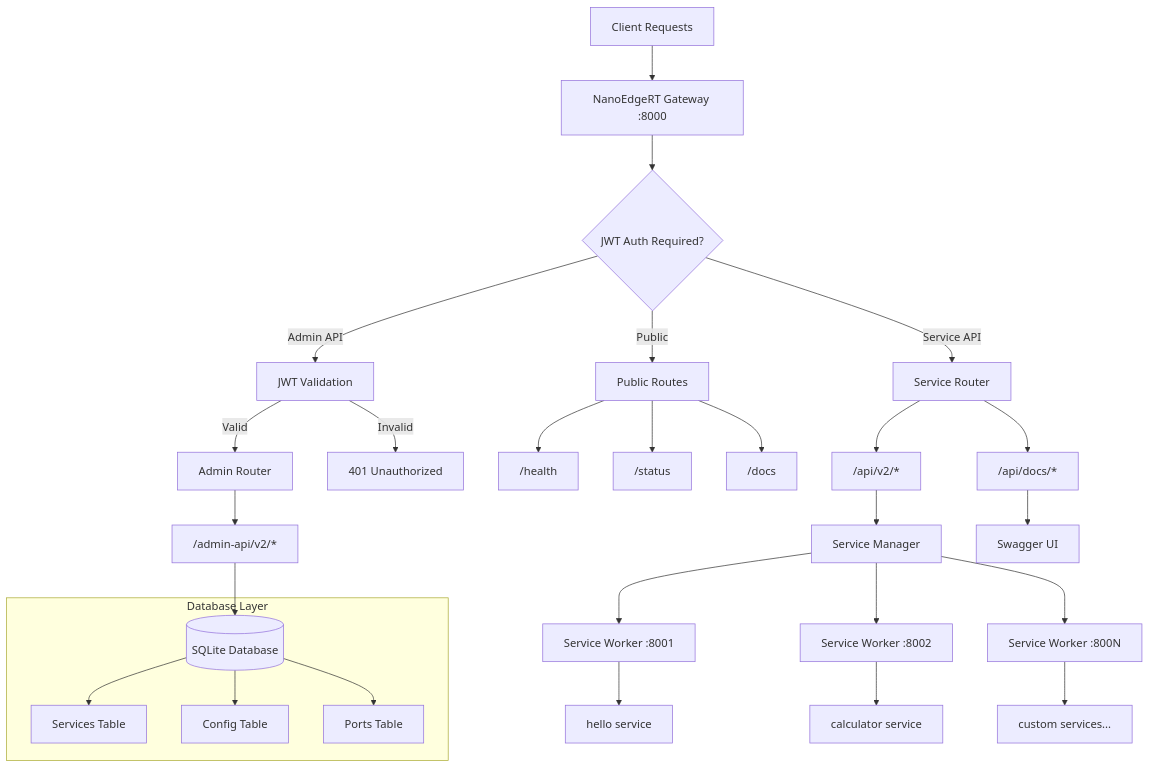
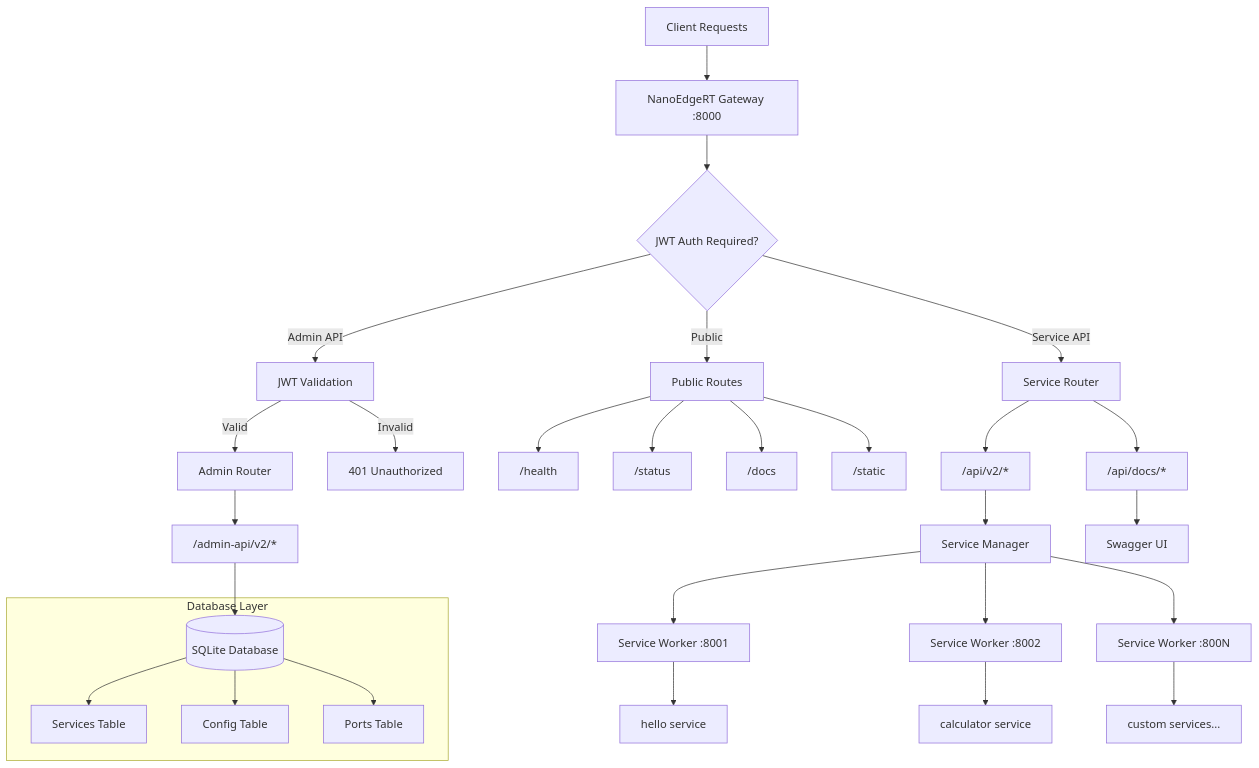
The diagram in README.md (NanoInfra/NanoEdgeRT), drawn with Mermaid before and after one commit. The commit also changed other lines of this file and 10 other files, not shown here.

````diff
--- a/README.md
+++ b/README.md
@@ -44,36 +52,37 @@
 ```mermaid
 graph TB
     Client[Client Requests] --> Gateway[NanoEdgeRT Gateway :8000]
     Gateway --> Auth{JWT Auth Required?}
     Auth -->|Admin API| JWT[JWT Validation]
     Auth -->|Service API| ServiceRouter[Service Router]
     Auth -->|Public| PublicRouter[Public Routes]
     JWT -->|Valid| AdminRouter[Admin Router]
     JWT -->|Invalid| Error[401 Unauthorized]
     
     PublicRouter --> Health["/health"]
     PublicRouter --> Status["/status"]
     PublicRouter --> Docs["/docs"]
+    PublicRouter --> Static["/static"]
     
     AdminRouter --> AdminAPI["/admin-api/v2/*"]
     ServiceRouter --> ServiceAPI["/api/v2/*"]
     ServiceRouter --> ServiceDocs["/api/docs/*"]
     
     AdminAPI --> Database[(SQLite Database)]
     ServiceAPI --> ServiceManager[Service Manager]
     ServiceDocs --> SwaggerUI[Swagger UI]
     
     ServiceManager --> Worker1[Service Worker :8001]
     ServiceManager --> Worker2[Service Worker :8002]
     ServiceManager --> WorkerN[Service Worker :800N]
     
     subgraph "Database Layer"
         Database --> Services[Services Table]
         Database --> Config[Config Table]
         Database --> Ports[Ports Table]
     end
     
     Worker1 --> ServiceInstance1[hello service]
     Worker2 --> ServiceInstance2[calculator service]
     WorkerN --> ServiceInstanceN[custom services...]
 ```
````
